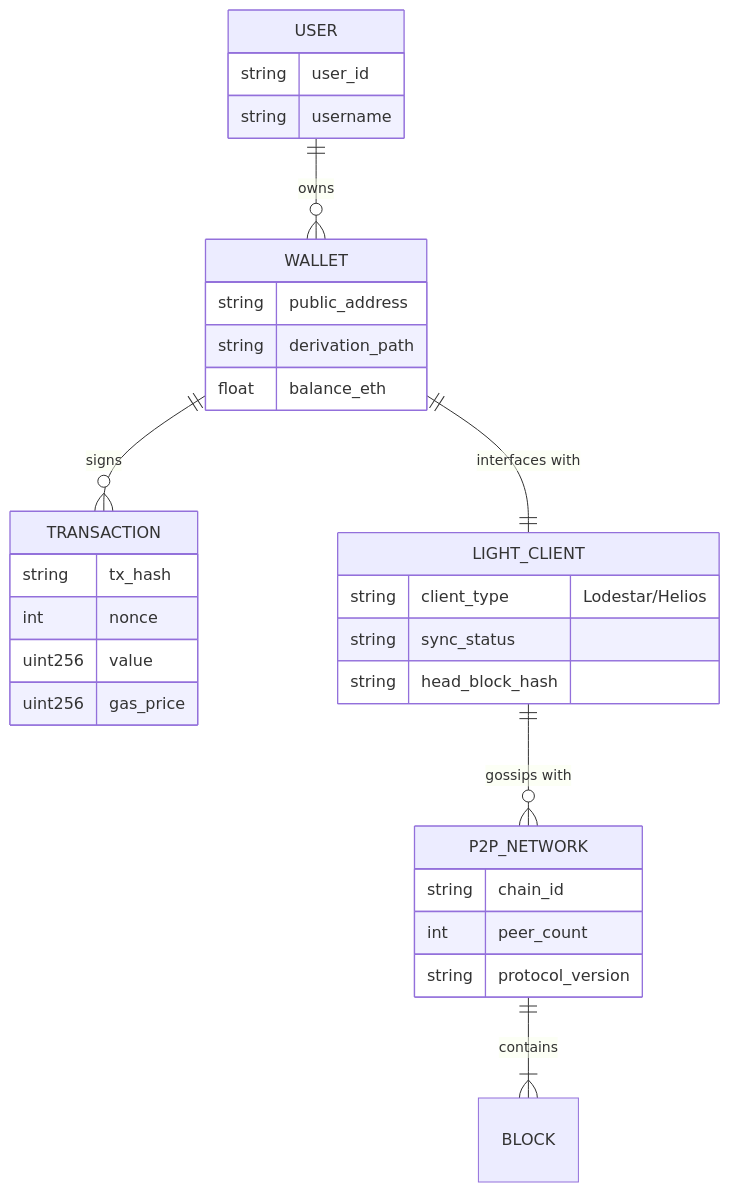
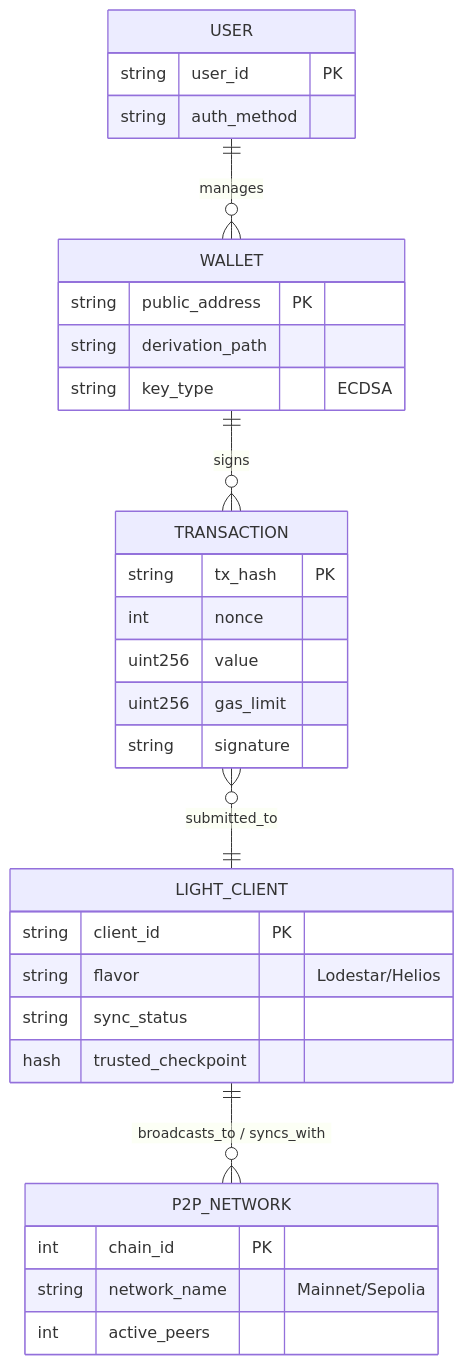
One commit to vfr750y/Cost-Optimized-Ethereum-Node-On-Azure changed the diagram in HighLevelDesign.md. Above: the diagram before and after it, drawn with Mermaid.

Commit message:
edit high level design

````diff
--- a/HighLevelDesign.md
+++ b/HighLevelDesign.md
@@ -5,39 +5,40 @@
 ```mermaid
 erDiagram
-    USER ||--o{ WALLET : "owns"
+    USER ||--o{ WALLET : "manages"
     WALLET ||--o{ TRANSACTION : "signs"
-    WALLET ||--|| LIGHT_CLIENT : "interfaces with"
-    LIGHT_CLIENT ||--o{ P2P_NETWORK : "gossips with"
-    P2P_NETWORK ||--|{ BLOCK : "contains"
-    
+    TRANSACTION }o--|| LIGHT_CLIENT : "submitted_to"
+    LIGHT_CLIENT ||--o{ P2P_NETWORK : "broadcasts_to / syncs_with"
+
     USER {
-        string user_id
-        string username
+        string user_id PK
+        string auth_method
     }
-    
+
     WALLET {
-        string public_address
+        string public_address PK
         string derivation_path
-        float balance_eth
+        string key_type "ECDSA"
+    }
+
+    TRANSACTION {
+        string tx_hash PK
+        int nonce
+        uint256 value
+        uint256 gas_limit
+        string signature
     }
 
     LIGHT_CLIENT {
-        string client_type "Lodestar/Helios"
+        string client_id PK
+        string flavor "Lodestar/Helios"
         string sync_status
-        string head_block_hash
+        hash trusted_checkpoint
     }
 
     P2P_NETWORK {
-        string chain_id
-        int peer_count
-        string protocol_version
-    }
-
-    TRANSACTION {
-        string tx_hash
-        int nonce
-        uint256 value
-        uint256 gas_price
+        int chain_id PK
+        string network_name "Mainnet/Sepolia"
+        int active_peers
     }
 
 ```
````
